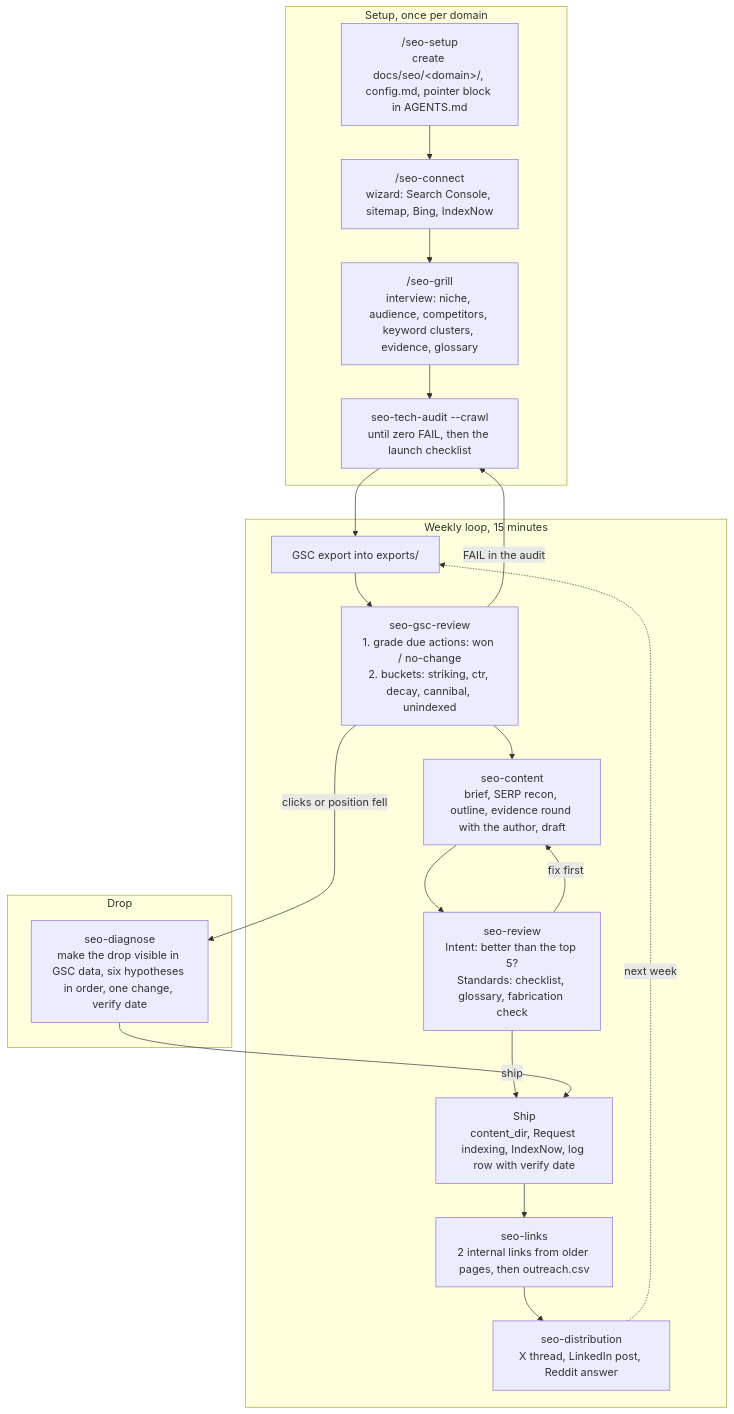
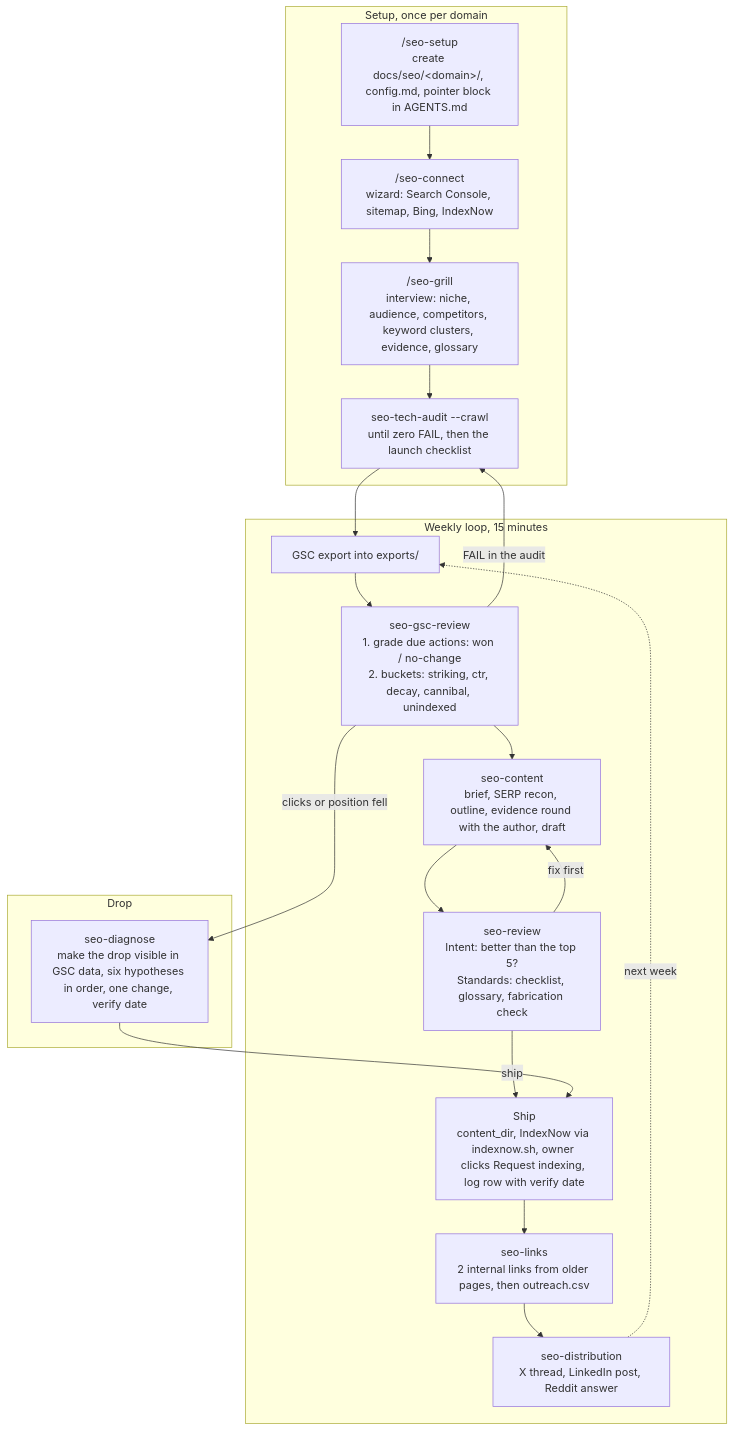
Before and after one commit to jorekai/jorekai-skills: the diagram in README.md, drawn with Mermaid. The commit also changed other lines of this file and 9 other files, not shown here.

````diff
--- a/README.md
+++ b/README.md
@@ -16,33 +16,33 @@
 ```mermaid
 flowchart TD
     subgraph E["Setup, once per domain"]
         S1["/seo-setup<br/>create docs/seo/&lt;domain&gt;/, config.md, pointer block in AGENTS.md"]
         S2["/seo-connect<br/>wizard: Search Console, sitemap, Bing, IndexNow"]
         S3["/seo-grill<br/>interview: niche, audience, competitors, keyword clusters, evidence, glossary"]
         S4["seo-tech-audit --crawl<br/>until zero FAIL, then the launch checklist"]
         S1 --> S2 --> S3 --> S4
     end
 
     subgraph W["Weekly loop, 15 minutes"]
         W0["GSC export into exports/"]
         W1["seo-gsc-review<br/>1. grade due actions: won / no-change<br/>2. buckets: striking, ctr, decay, cannibal, unindexed"]
         W2["seo-content<br/>brief, SERP recon, outline, evidence round with the author, draft"]
         W3["seo-review<br/>Intent: better than the top 5?<br/>Standards: checklist, glossary, fabrication check"]
-        W4["Ship<br/>content_dir, Request indexing, IndexNow, log row with verify date"]
+        W4["Ship<br/>content_dir, IndexNow via indexnow.sh, owner clicks Request indexing, log row with verify date"]
         W5["seo-links<br/>2 internal links from older pages, then outreach.csv"]
         W6["seo-distribution<br/>X thread, LinkedIn post, Reddit answer"]
         W0 --> W1 --> W2 --> W3
         W3 -- "fix first" --> W2
         W3 -- "ship" --> W4 --> W5 --> W6
         W6 -. "next week" .-> W0
     end
 
     subgraph D["Drop"]
         D1["seo-diagnose<br/>make the drop visible in GSC data, six hypotheses in order, one change, verify date"]
     end
 
     S4 --> W0
     W1 -- "clicks or position fell" --> D1
     D1 --> W4
     W1 -- "FAIL in the audit" --> S4
 ```
````
